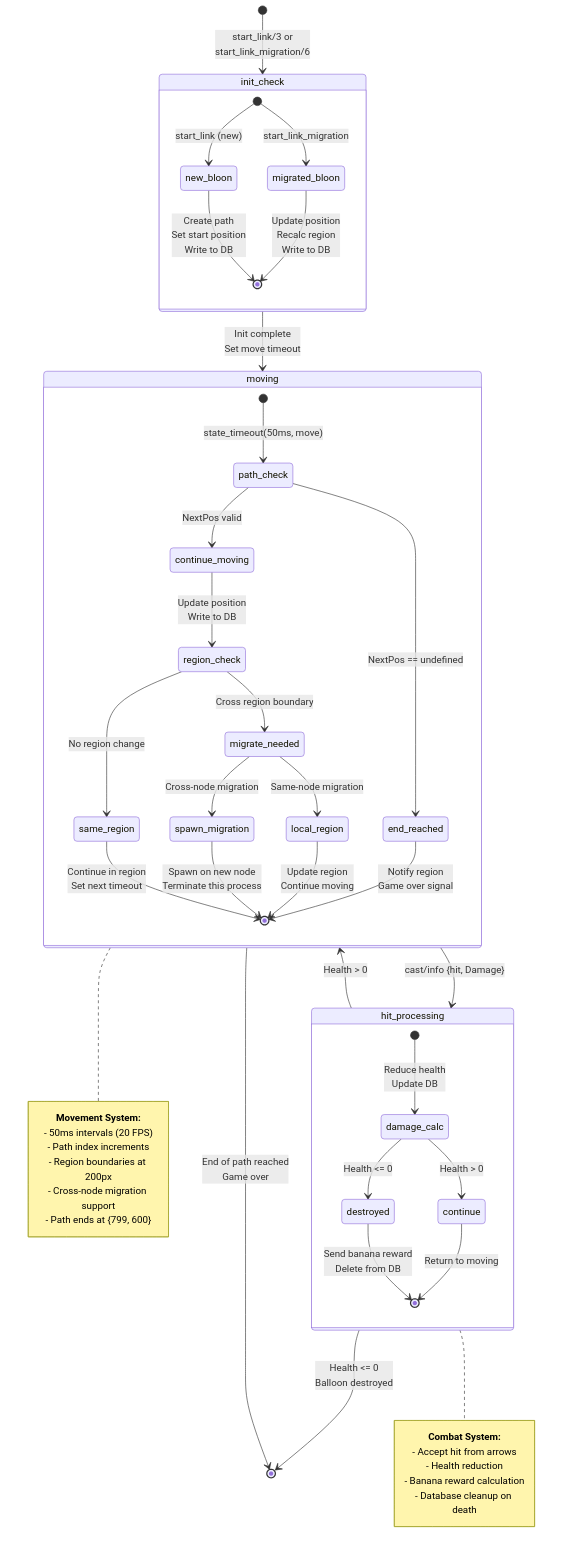
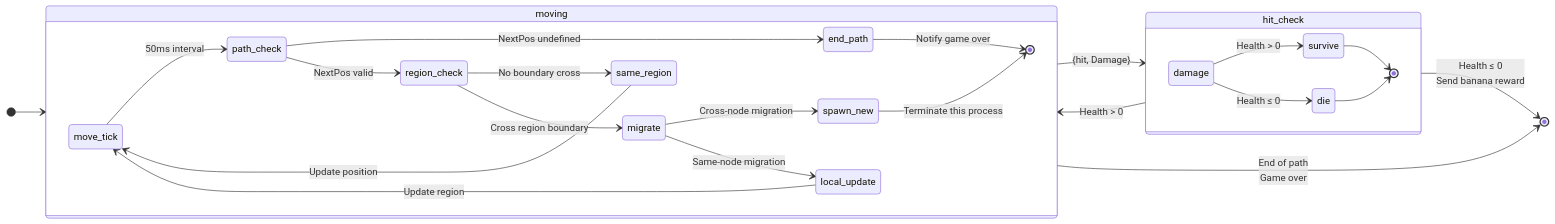
The second of 8 diagrams in FSM_Architecture_Diagrams.md (DoctorB-CA/BTD-Erlang-), drawn with Mermaid before and after one commit. The commit also changed other lines of this file, not shown here.

Commit message:
return + diagram

````diff
--- a/FSM_Architecture_Diagrams.md
+++ b/FSM_Architecture_Diagrams.md
@@ -82,64 +34,32 @@
 ```mermaid
 stateDiagram-v2
-    [*] --> init_check : start_link/3 or<br/>start_link_migration/6
+    direction LR
+    [*] --> moving
+    moving --> hit_check : {hit, Damage}
+    hit_check --> moving : Health > 0
+    hit_check --> [*] : Health ≤ 0<br/>Send banana reward
+    moving --> [*] : End of path<br/>Game over
     
-    state init_check {
-        [*] --> new_bloon : start_link (new)
-        [*] --> migrated_bloon : start_link_migration
-        new_bloon --> [*] : Create path<br/>Set start position<br/>Write to DB
-        migrated_bloon --> [*] : Update position<br/>Recalc region<br/>Write to DB
+    state moving {
+        direction LR
+        move_tick --> path_check : 50ms interval
+        path_check --> end_path : NextPos undefined
+        path_check --> region_check : NextPos valid
+        region_check --> same_region : No boundary cross
+        region_check --> migrate : Cross region boundary
+        same_region --> move_tick : Update position
+        migrate --> spawn_new : Cross-node migration
+        migrate --> local_update : Same-node migration
+        spawn_new --> [*] : Terminate this process
+        local_update --> move_tick : Update region
+        end_path --> [*] : Notify game over
     }
     
-    init_check --> moving : Init complete<br/>Set move timeout
-    
-    state moving {
-        [*] --> path_check : state_timeout(50ms, move)
-        path_check --> end_reached : NextPos == undefined
-        path_check --> continue_moving : NextPos valid
-        
-        continue_moving --> region_check : Update position<br/>Write to DB
-        region_check --> same_region : No region change
-        region_check --> migrate_needed : Cross region boundary
-        
-        same_region --> [*] : Continue in region<br/>Set next timeout
-        migrate_needed --> spawn_migration : Cross-node migration
-        migrate_needed --> local_region : Same-node migration
-        
-        spawn_migration --> [*] : Spawn on new node<br/>Terminate this process
-        local_region --> [*] : Update region<br/>Continue moving
-        
-        end_reached --> [*] : Notify region<br/>Game over signal
+    state hit_check {
+        direction LR
+        damage --> survive : Health > 0
+        damage --> die : Health ≤ 0
+        survive --> [*]
+        die --> [*]
     }
-    
-    moving --> hit_processing : cast/info {hit, Damage}
-    
-    state hit_processing {
-        [*] --> damage_calc : Reduce health<br/>Update DB
-        damage_calc --> destroyed : Health <= 0
-        damage_calc --> continue : Health > 0
-        destroyed --> [*] : Send banana reward<br/>Delete from DB
-        continue --> [*] : Return to moving
-    }
-    
-    hit_processing --> moving : Health > 0
-    hit_processing --> [*] : Health <= 0<br/>Balloon destroyed
-    
-    moving --> [*] : End of path reached<br/>Game over
-    
-    note right of moving
-        **Movement System:**
-        - 50ms intervals (20 FPS)
-        - Path index increments
-        - Region boundaries at 200px
-        - Cross-node migration support
-        - Path ends at {799, 600}
-    end note
-    
-    note right of hit_processing
-        **Combat System:**
-        - Accept hit from arrows
-        - Health reduction
-        - Banana reward calculation
-        - Database cleanup on death
-    end note
 ```
````
